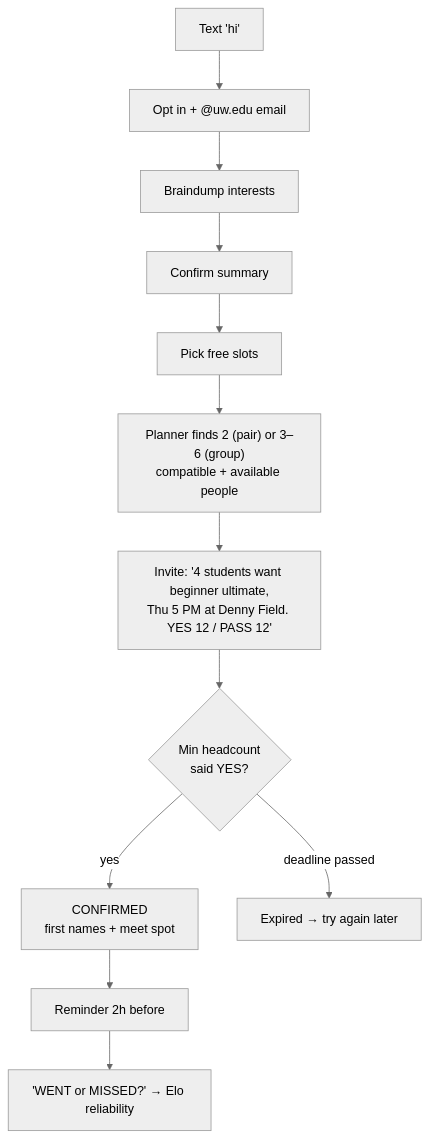
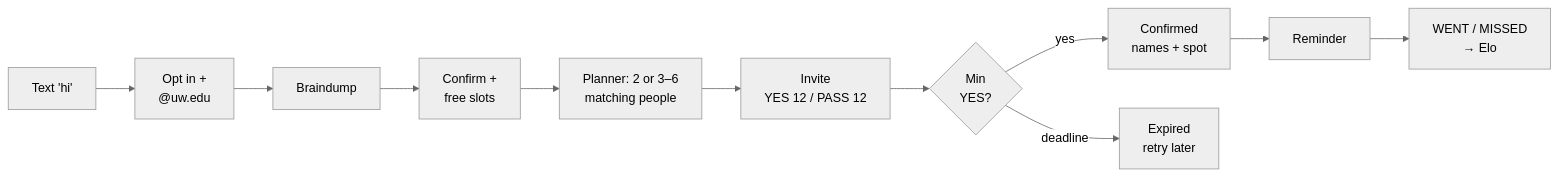
One commit to Nano-AI/mixr changed the first of 2 diagrams in README.md. Above: the diagram before and after it, drawn with Mermaid (neutral theme). The commit also changed other lines of this file, not shown here.

Commit message:
docs: lay out Mermaid diagrams horizontally

````diff
--- a/README.md
+++ b/README.md
@@ -9,14 +9,7 @@
 ```mermaid
-flowchart TD
-    A["Text 'hi'"] --> B["Opt in + @uw.edu email"]
-    B --> C["Braindump interests"]
-    C --> D["Confirm summary"]
-    D --> E["Pick free slots"]
-    E --> F["Planner finds 2 (pair) or 3–6 (group)<br/>compatible + available people"]
-    F --> G["Invite: '4 students want beginner ultimate,<br/>Thu 5 PM at Denny Field. YES 12 / PASS 12'"]
-    G --> H{"Min headcount<br/>said YES?"}
-    H -- "yes" --> I["CONFIRMED<br/>first names + meet spot"]
-    H -- "deadline passed" --> X["Expired → try again later"]
-    I --> J["Reminder 2h before"]
-    J --> K["'WENT or MISSED?' → Elo reliability"]
+flowchart LR
+    A["Text 'hi'"] --> B["Opt in +<br/>@uw.edu"] --> C["Braindump"] --> D["Confirm +<br/>free slots"]
+    D --> F["Planner: 2 or 3–6<br/>matching people"] --> G["Invite<br/>YES 12 / PASS 12"] --> H{"Min<br/>YES?"}
+    H -- yes --> I["Confirmed<br/>names + spot"] --> J["Reminder"] --> K["WENT / MISSED<br/>→ Elo"]
+    H -- deadline --> X["Expired<br/>retry later"]
 ```
````
